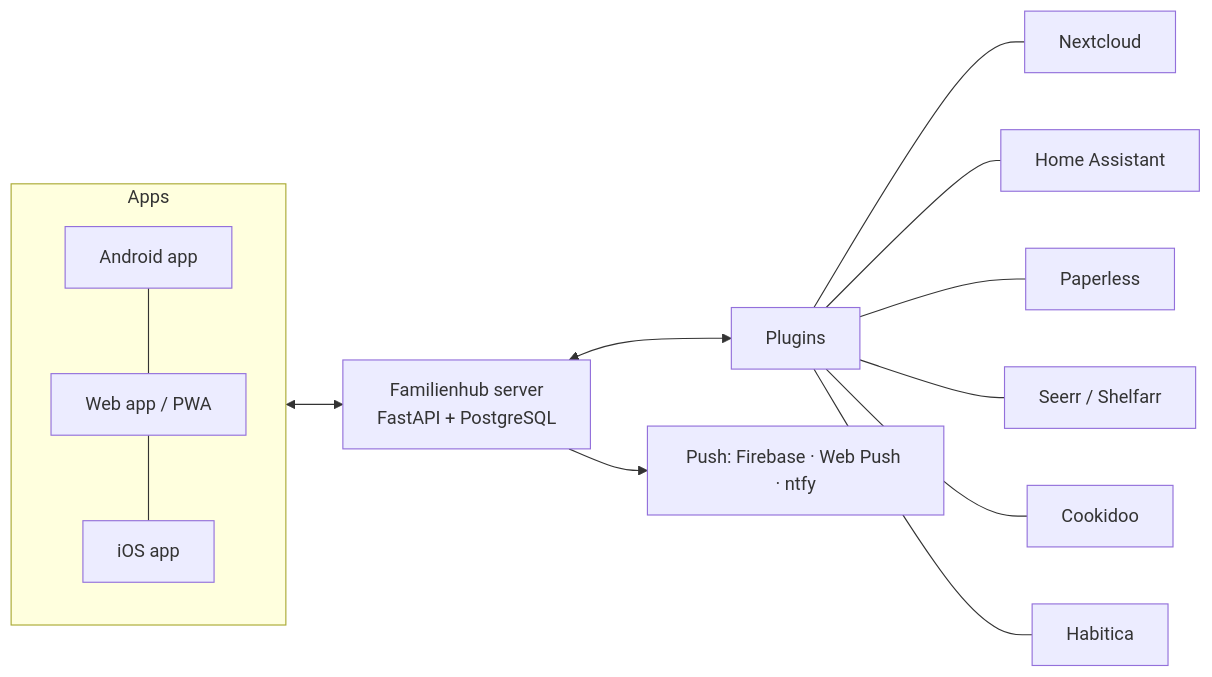
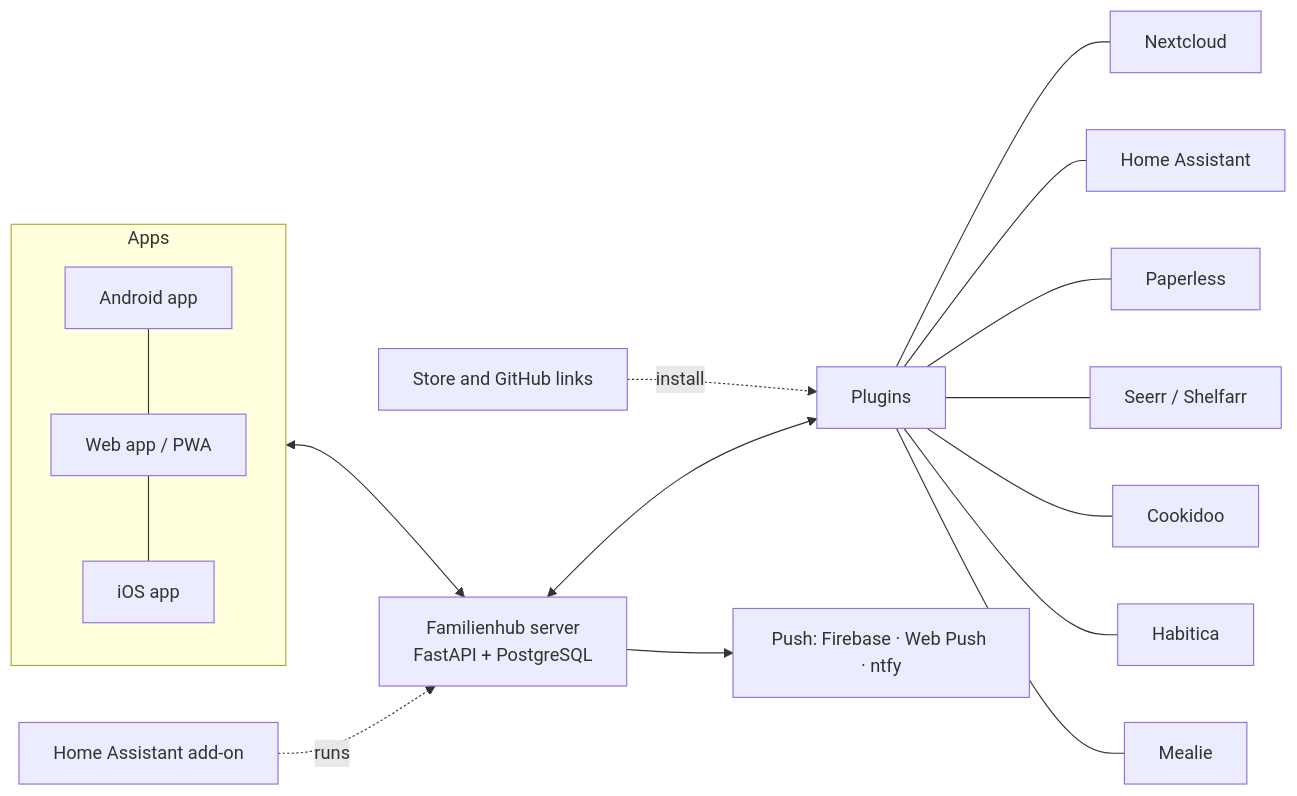
The diagram in README.md (Brottuetchen/familienhub), drawn with Mermaid before and after one commit. The commit also changed other lines of this file, not shown here.

First line of the commit message:
Rewrite README: feature overview, install options, ecosystem, community

````diff
--- a/README.md
+++ b/README.md
@@ -86,10 +101,12 @@
 ```mermaid
 flowchart LR
   subgraph Apps
     A[Android app] --- W[Web app / PWA] --- I[iOS app]
   end
   Apps <--> H[Familienhub server<br/>FastAPI + PostgreSQL]
   H <--> P[Plugins]
-  P --- N[Nextcloud] & HA[Home Assistant] & PL[Paperless] & S[Seerr / Shelfarr] & C[Cookidoo] & HB[Habitica]
+  P --- N[Nextcloud] & HA[Home Assistant] & PL[Paperless] & S[Seerr / Shelfarr] & C[Cookidoo] & HB[Habitica] & M[Mealie]
+  ST[Store and GitHub links] -. install .-> P
+  HAA[Home Assistant add-on] -. runs .-> H
   H --> PU[Push: Firebase · Web Push · ntfy]
 ```
````
